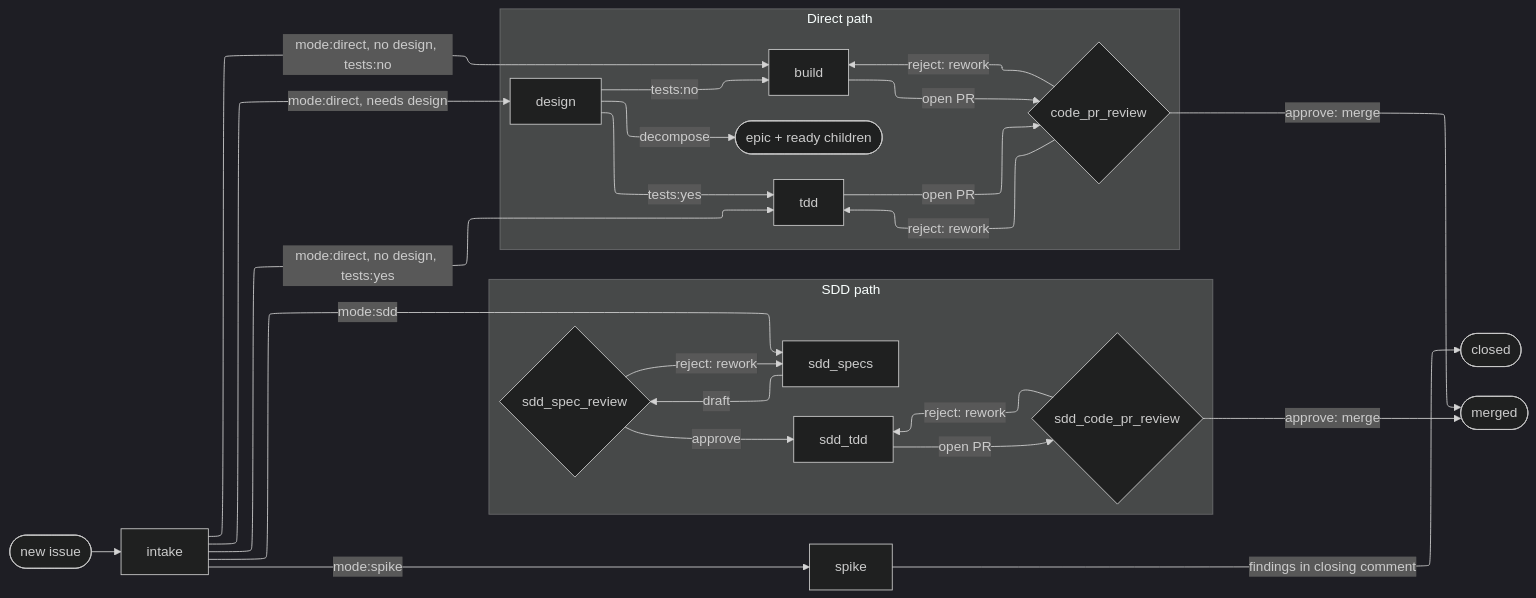
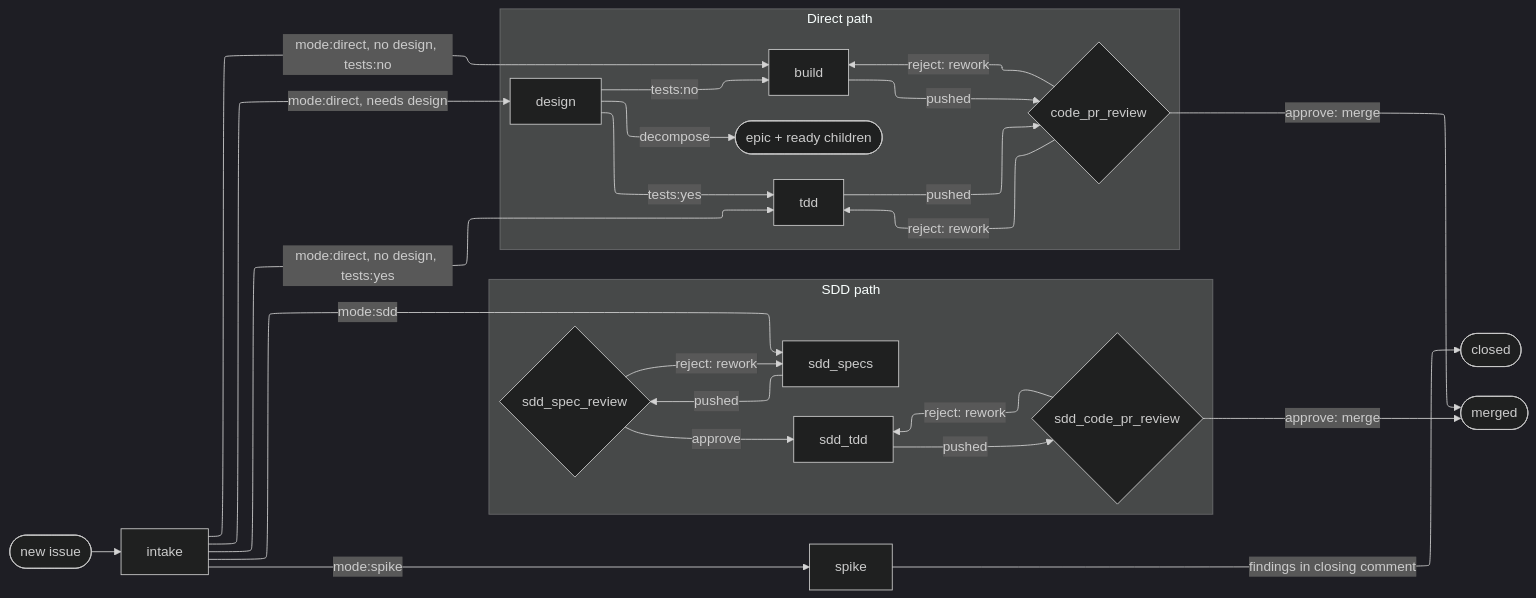
Before and after one commit to GeoffNordling/dev-playbook: the diagram in workflow/workflow.md, drawn with Mermaid (dark theme). The commit also changed other lines of this file, not shown here.

First line of the commit message:
Scrub workflow.md for internal consistency ahead of the issue-overwatch build

````diff
--- a/workflow/workflow.md
+++ b/workflow/workflow.md
@@ -46,32 +46,32 @@
 ```mermaid
 %%{init: {'flowchart': {'defaultRenderer': 'elk'}}}%%
 flowchart LR
     new([new issue]) --> intake[intake]
     intake -->|mode:sdd| sdd_specs[sdd_specs]
     intake -->|mode:direct, needs design| design[design]
     intake -->|mode:direct, no design, tests:yes| tdd[tdd]
     intake -->|mode:direct, no design, tests:no| build[build]
     intake -->|mode:spike| spike[spike]
 
     subgraph sdd[SDD path]
-        sdd_specs -->|draft| sdd_spec_review{sdd_spec_review}
+        sdd_specs -->|pushed| sdd_spec_review{sdd_spec_review}
         sdd_spec_review -->|reject: rework| sdd_specs
         sdd_spec_review -->|approve| sdd_tdd[sdd_tdd]
-        sdd_tdd -->|open PR| sdd_code_pr_review{sdd_code_pr_review}
+        sdd_tdd -->|pushed| sdd_code_pr_review{sdd_code_pr_review}
         sdd_code_pr_review -->|reject: rework| sdd_tdd
     end
 
     subgraph direct[Direct path]
         design -->|tests:yes| tdd
         design -->|tests:no| build
         design -->|decompose| decomposed([epic + ready children])
-        tdd -->|open PR| code_pr_review{code_pr_review}
-        build -->|open PR| code_pr_review
+        tdd -->|pushed| code_pr_review{code_pr_review}
+        build -->|pushed| code_pr_review
         code_pr_review -->|reject: rework| tdd
         code_pr_review -->|reject: rework| build
     end
 
     spike -->|findings in closing comment| closed([closed])
     sdd_code_pr_review -->|approve: merge| done([merged])
     code_pr_review -->|approve: merge| done
 ```
````
